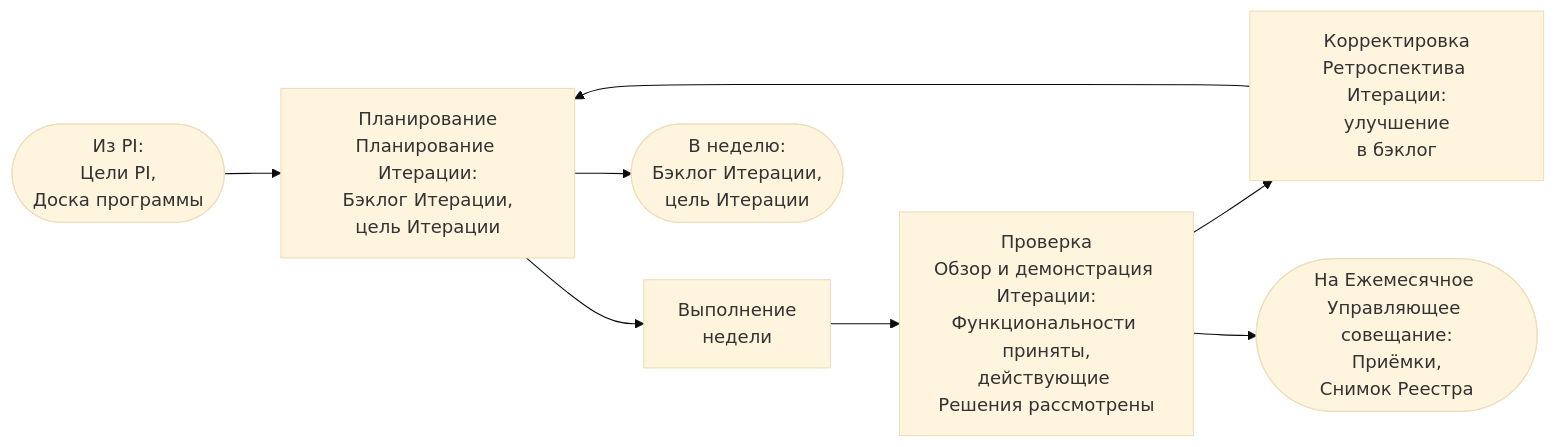
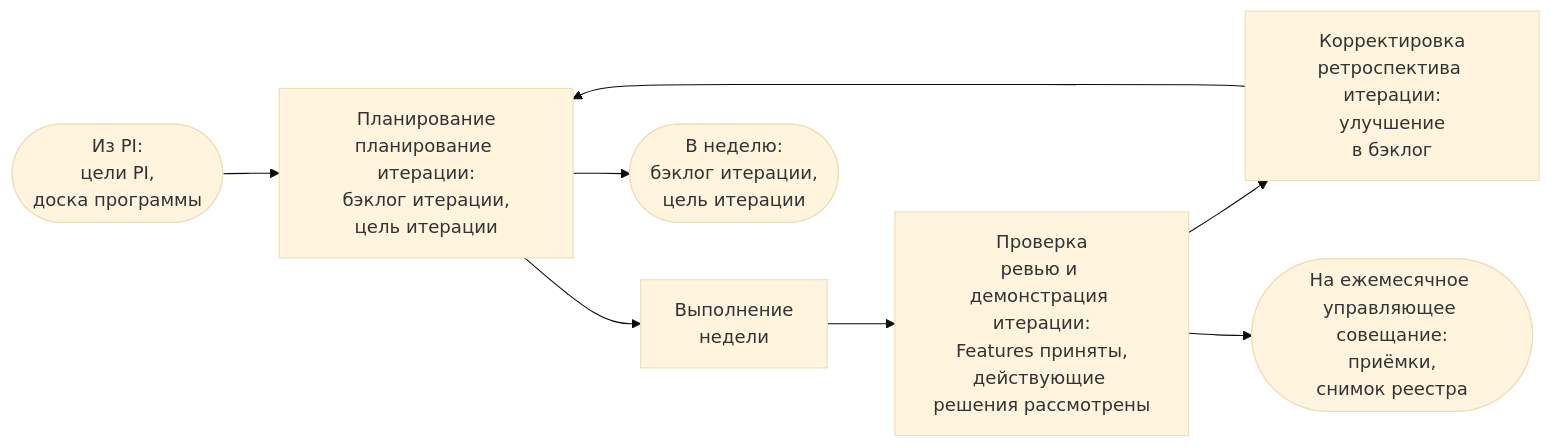
One commit to devhogu/ob-aicc changed the second of 5 diagrams in portal/content/ru/delivery/the-loops-of-delivery.md. Above: the diagram before and after it, drawn with Mermaid (base theme). The commit also changed other lines of this file and 21 other files, not shown here.

````diff
--- a/portal/content/ru/delivery/the-loops-of-delivery.md
+++ b/portal/content/ru/delivery/the-loops-of-delivery.md
@@ -28,11 +28,11 @@
 ```mermaid
 flowchart LR
-  IN(["Из PI:<br/>Цели PI,<br/>Доска программы"]) --> P["Планирование<br/>Планирование Итерации:<br/>Бэклог Итерации,<br/>цель Итерации"]
+  IN(["Из PI:<br/>цели PI,<br/>доска программы"]) --> P["Планирование<br/>планирование итерации:<br/>бэклог итерации,<br/>цель итерации"]
   P --> D["Выполнение<br/>недели"]
-  C["Проверка<br/>Обзор и демонстрация Итерации:<br/>Функциональности приняты,<br/>действующие Решения рассмотрены"]
+  C["Проверка<br/>ревью и демонстрация итерации:<br/>Features приняты,<br/>действующие решения рассмотрены"]
   D --> C
-  C --> A["Корректировка<br/>Ретроспектива Итерации:<br/>улучшение<br/>в бэклог"]
+  C --> A["Корректировка<br/>ретроспектива итерации:<br/>улучшение<br/>в бэклог"]
   A --> P
-  P --> OUT(["В неделю:<br/>Бэклог Итерации,<br/>цель Итерации"])
-  C --> UP(["На Ежемесячное Управляющее совещание:<br/>Приёмки,<br/>Снимок Реестра"])
+  P --> OUT(["В неделю:<br/>бэклог итерации,<br/>цель итерации"])
+  C --> UP(["На ежемесячное управляющее совещание:<br/>приёмки,<br/>снимок реестра"])
 ```
````
